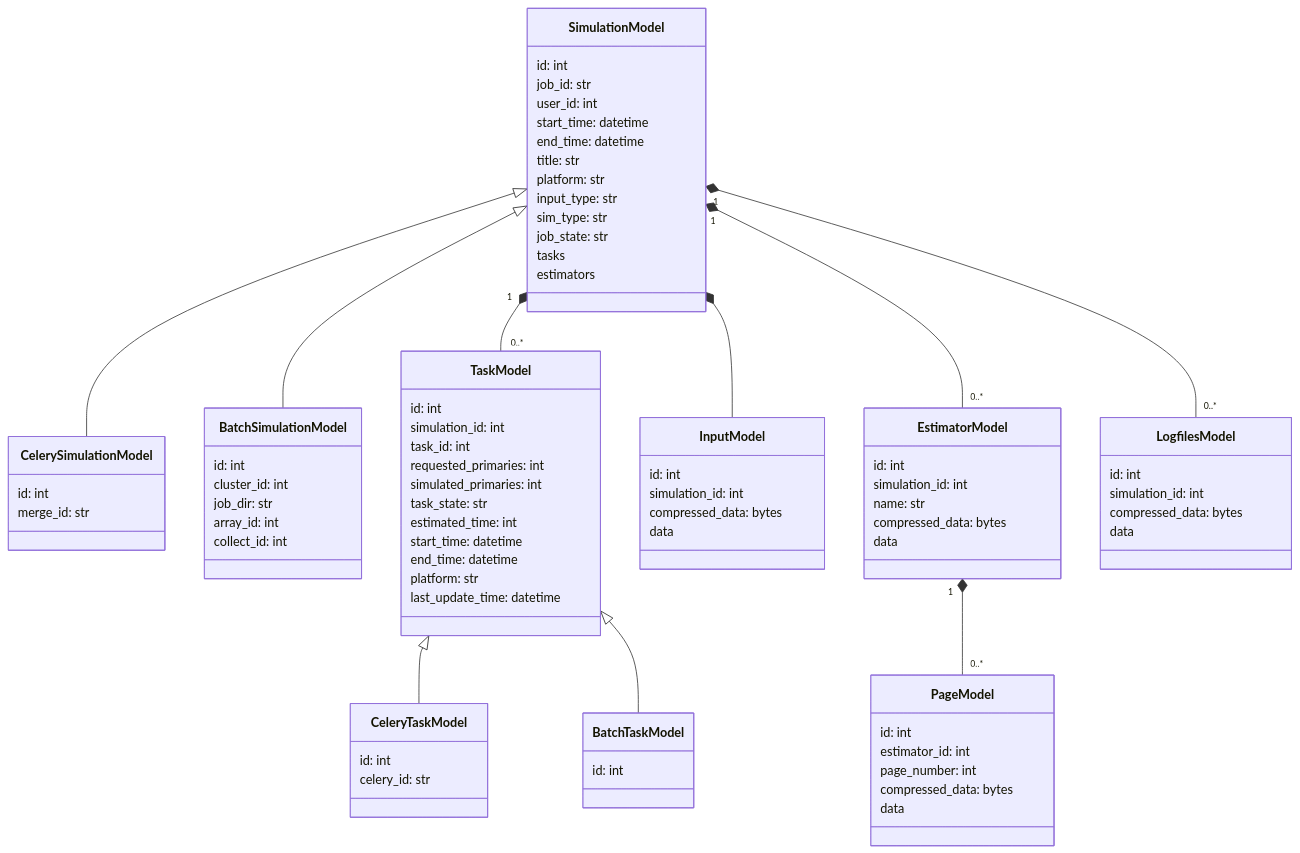
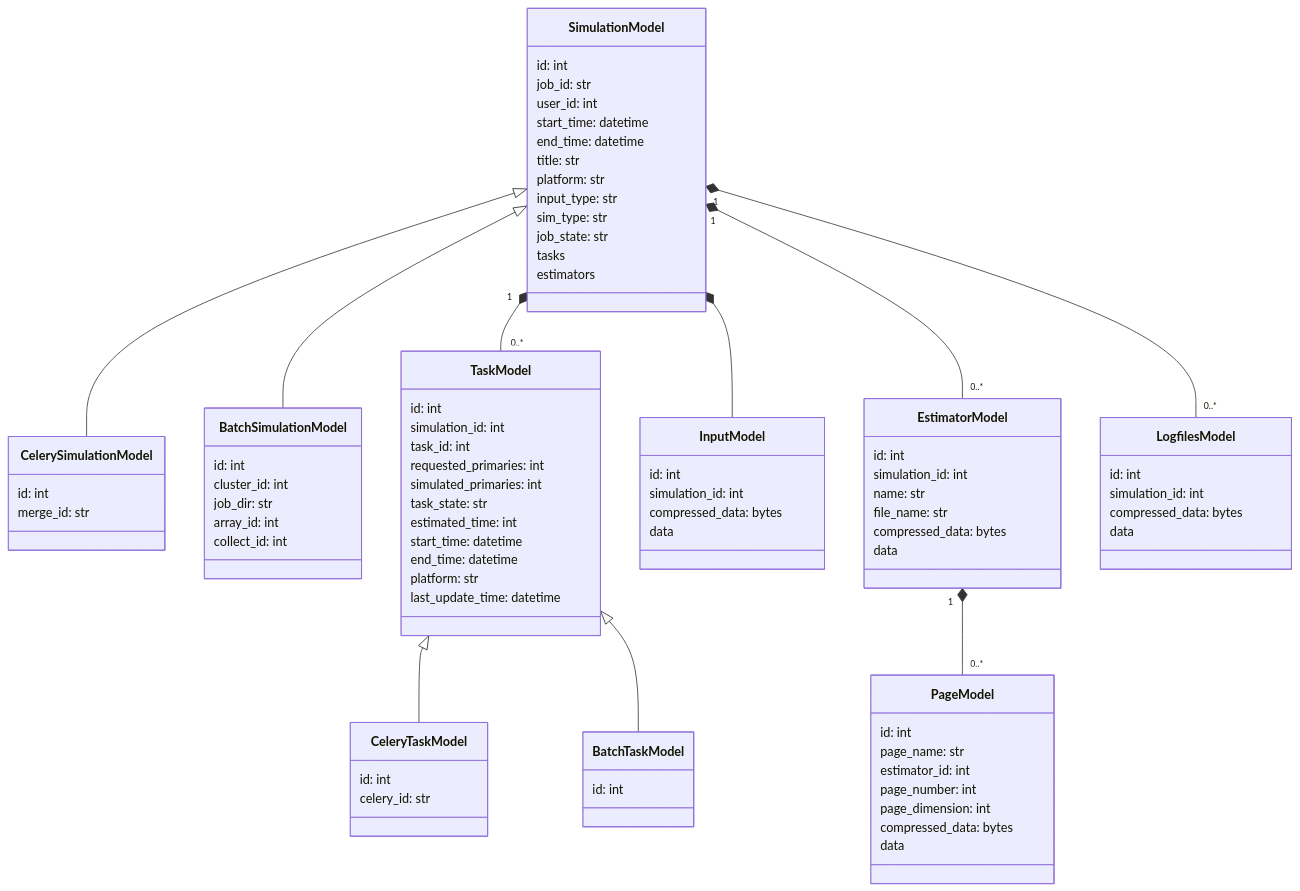
Before and after one commit to yaptide/for_developers: the first of 2 diagrams in docs/backend/persistency.md, drawn with Mermaid. The commit also changed 1 other file, not shown here.

Commit message:
Update documentation (#24)

```diff
--- a/docs/backend/persistency.md
+++ b/docs/backend/persistency.md
@@ -69,14 +69,17 @@
     id: int
     simulation_id: int
     name: str
+    file_name: str
     compressed_data: bytes
     data
   }
 
   class PageModel {
     id: int
+    page_name: str
     estimator_id: int
     page_number: int
+    page_dimension: int
     compressed_data: bytes
     data
   }
```
